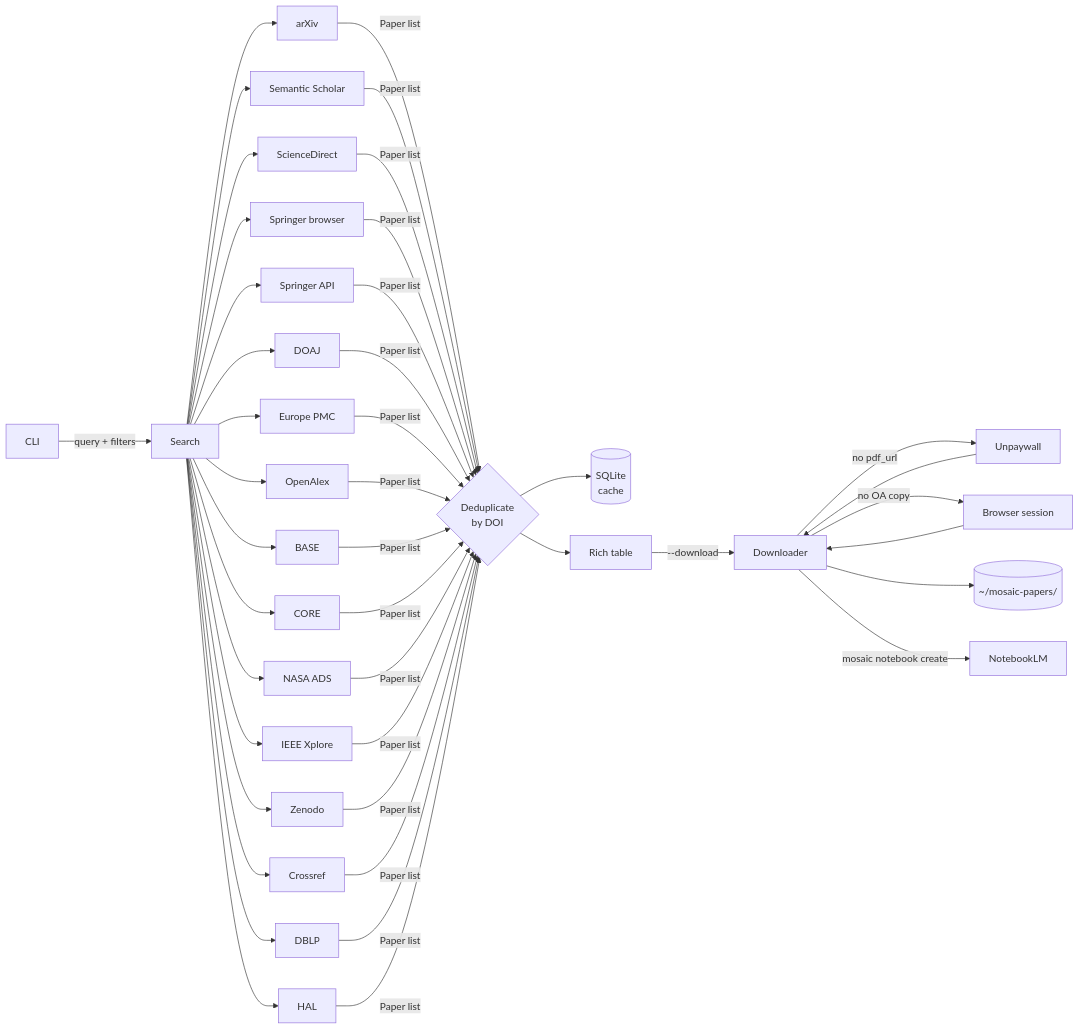
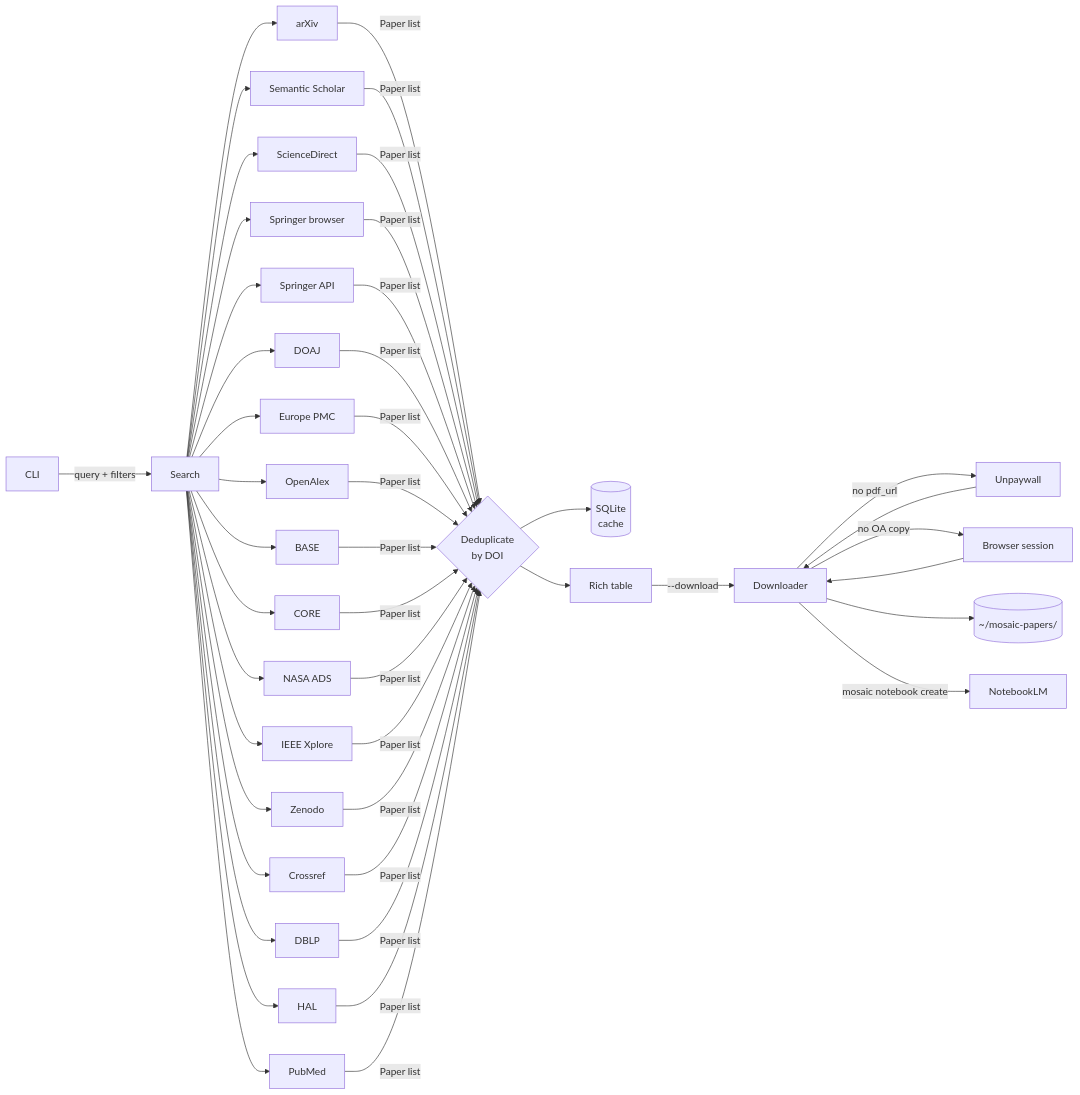
Before and after one commit to szaghi/mosaic: the diagram in README.md, drawn with Mermaid. The commit also changed other lines of this file and 11 other files, not shown here.

First line of the commit message:
feat(sources): add PubMed search source via NCBI E-utilities

````diff
--- a/README.md
+++ b/README.md
@@ -300,15 +301,15 @@
 ```mermaid
 flowchart LR
     CLI -->|query + filters| Search
-    Search --> arXiv & SS[Semantic Scholar] & SD[ScienceDirect] & SP[Springer browser] & SPN[Springer API] & DOAJ & EPMC[Europe PMC] & OA[OpenAlex] & BASE & CORE & ADS[NASA ADS] & IEEE[IEEE Xplore] & ZEN[Zenodo] & CR[Crossref] & DBLP[DBLP] & HAL[HAL]
-    arXiv & SS & SD & SP & SPN & DOAJ & EPMC & OA & BASE & CORE & ADS & IEEE & ZEN & CR & DBLP & HAL -->|Paper list| Dedup{Deduplicate\nby DOI}
+    Search --> arXiv & SS[Semantic Scholar] & SD[ScienceDirect] & SP[Springer browser] & SPN[Springer API] & DOAJ & EPMC[Europe PMC] & OA[OpenAlex] & BASE & CORE & ADS[NASA ADS] & IEEE[IEEE Xplore] & ZEN[Zenodo] & CR[Crossref] & DBLP[DBLP] & HAL[HAL] & PM[PubMed]
+    arXiv & SS & SD & SP & SPN & DOAJ & EPMC & OA & BASE & CORE & ADS & IEEE & ZEN & CR & DBLP & HAL & PM -->|Paper list| Dedup{Deduplicate\nby DOI}
     Dedup --> Cache[(SQLite\ncache)]
     Dedup --> Table[Rich table]
     Table -->|--download| DL[Downloader]
     DL -->|no pdf_url| UPW[Unpaywall]
     UPW --> DL
     DL -->|no OA copy| AUTH[Browser session]
     AUTH --> DL
     DL --> Disk[(~/mosaic-papers/)]
     DL -->|mosaic notebook create| NLM[NotebookLM]
 ```
````
